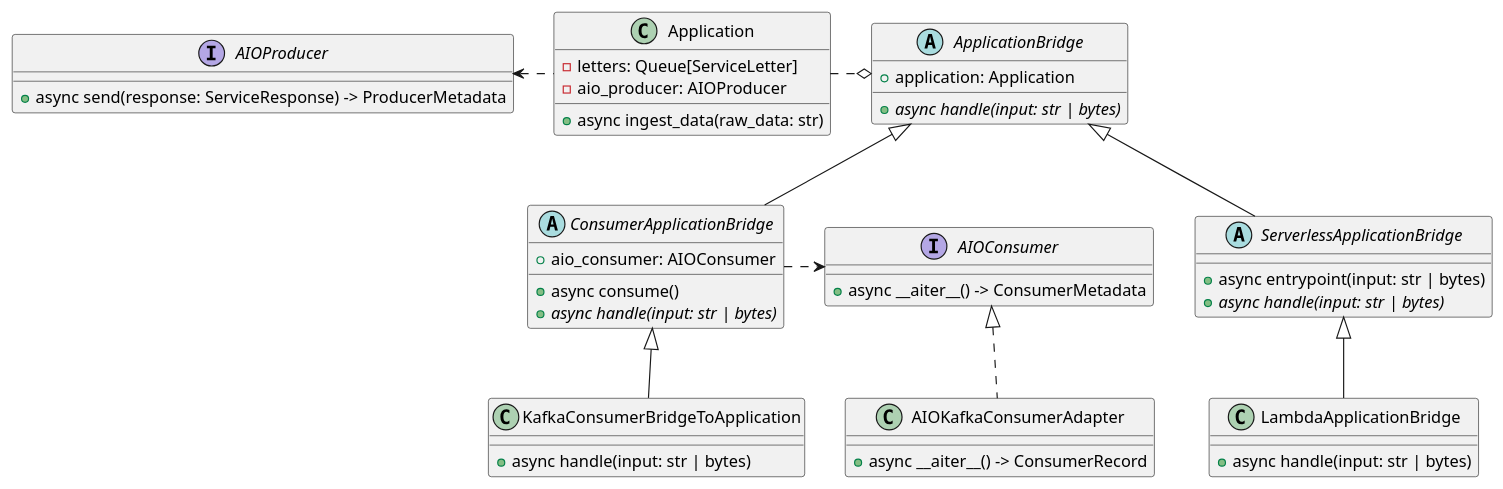
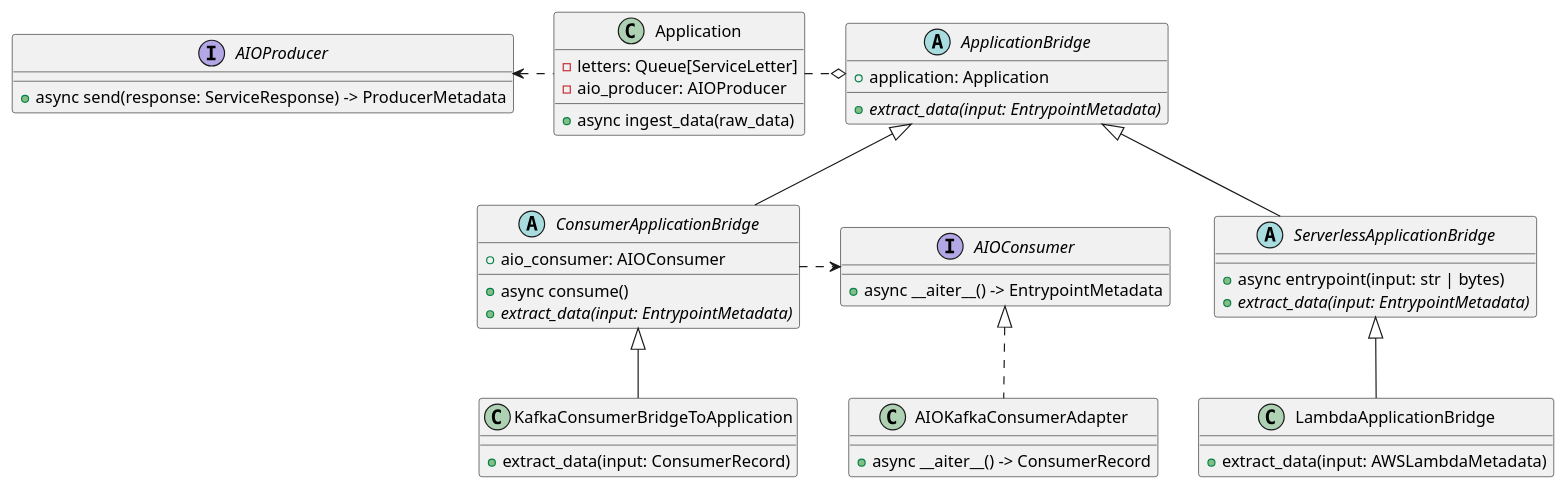
The diagram in docs/messaging.puml (santunioni/Transformer), drawn with PlantUML before and after one commit. The commit also changed 18 other files, not shown here.

```diff
--- a/docs/messaging.puml
+++ b/docs/messaging.puml
@@ -1,53 +1,53 @@
 @startuml
 'https://plantuml.com/class-diagram
 skinparam groupInheritance 3
 
 interface AIOProducer {
     + async send(response: ServiceResponse) -> ProducerMetadata
 }
 interface AIOConsumer {
-    + async __aiter__() -> ConsumerMetadata
+    + async __aiter__() -> EntrypointMetadata
 }
 class AIOKafkaConsumerAdapter {
     + async __aiter__() -> ConsumerRecord
 }
 AIOKafkaConsumerAdapter .u.|> AIOConsumer
 
 abstract class ApplicationBridge {
     + application: Application
-    + {abstract} async handle(input: str | bytes)
+    + {abstract} extract_data(input: EntrypointMetadata)
 }
 ApplicationBridge o.l. Application
 
 abstract class ServerlessApplicationBridge {
     + async entrypoint(input: str | bytes)
-    + {abstract} async handle(input: str | bytes)
+    + {abstract} extract_data(input: EntrypointMetadata)
 }
 ServerlessApplicationBridge -u-|> ApplicationBridge
 
 class LambdaApplicationBridge {
-    + async handle(input: str | bytes)
+    + extract_data(input: AWSLambdaMetadata)
 }
 LambdaApplicationBridge -u-|> ServerlessApplicationBridge
 
 
 abstract class ConsumerApplicationBridge {
     + aio_consumer: AIOConsumer
     + async consume()
-    + {abstract} async handle(input: str | bytes)
+    + {abstract} extract_data(input: EntrypointMetadata)
 }
 ConsumerApplicationBridge -u-|> ApplicationBridge
 AIOConsumer <.l. ConsumerApplicationBridge
 
 class KafkaConsumerBridgeToApplication {
-    + async handle(input: str | bytes)
+    + extract_data(input: ConsumerRecord)
 }
 KafkaConsumerBridgeToApplication -u-|> ConsumerApplicationBridge
 
 class Application {
     - letters: Queue[ServiceLetter]
     - aio_producer: AIOProducer
-    + async ingest_data(raw_data: str)
+    + async ingest_data(raw_data)
 }
 Application .l.> AIOProducer
 @enduml
```
